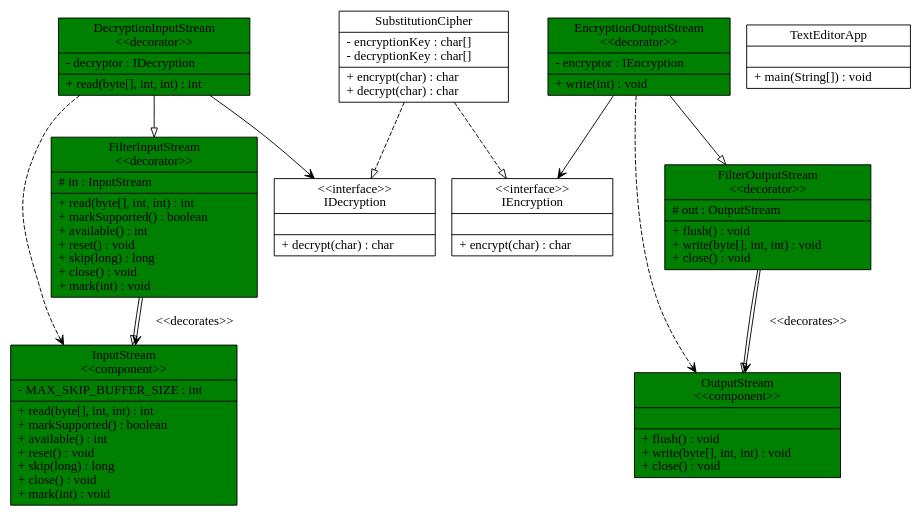
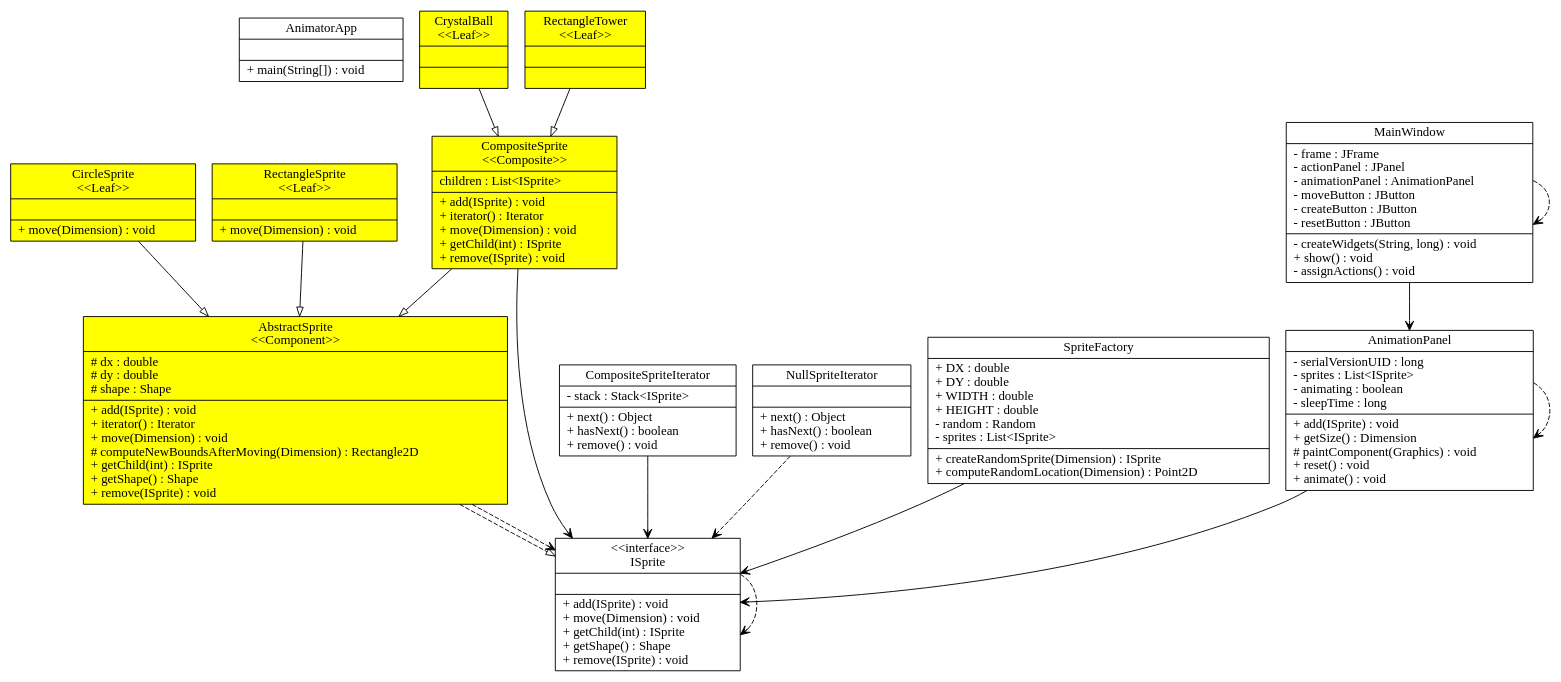
One commit to addyahyah/SassyASM changed the diagram in files/text.dot. Above: the diagram before and after it, drawn with Graphviz. The commit also changed 18 other files, not shown here.

```diff
--- a/files/text.dot
+++ b/files/text.dot
@@ -1,57 +1,87 @@
-digraph sassy_uml{node [shape = "record"] InputStream[label = "{InputStream\n\<\<component\>\>|- MAX_SKIP_BUFFER_SIZE : int\l
-|+ read(byte[], int, int) : int\l
-+ markSupported() : boolean\l
-+ available() : int\l
+digraph sassy_uml{node [shape = "record"] AnimatorApp[label = "{AnimatorApp||+ main(String[]) : void\l
+}"]
+AnimationPanel[label = "{AnimationPanel|- serialVersionUID : long\l
+- sprites : List\<ISprite\>\l
+- animating : boolean\l
+- sleepTime : long\l
+|+ add(ISprite) : void\l
++ getSize() : Dimension\l
+# paintComponent(Graphics) : void\l
 + reset() : void\l
-+ skip(long) : long\l
-+ close() : void\l
-+ mark(int) : void\l
-}",style=filled,fillcolor=green]
-FilterInputStream[label = "{FilterInputStream\n\<\<decorator\>\>|# in : InputStream\l
-|+ read(byte[], int, int) : int\l
-+ markSupported() : boolean\l
-+ available() : int\l
-+ reset() : void\l
-+ skip(long) : long\l
-+ close() : void\l
-+ mark(int) : void\l
-}",style=filled,fillcolor=green]
-DecryptionInputStream[label = "{DecryptionInputStream\n\<\<decorator\>\>|- decryptor : IDecryption\l
-|+ read(byte[], int, int) : int\l
-}",style=filled,fillcolor=green]
-OutputStream[label = "{OutputStream\n\<\<component\>\>||+ flush() : void\l
-+ write(byte[], int, int) : void\l
-+ close() : void\l
-}",style=filled,fillcolor=green]
-FilterOutputStream[label = "{FilterOutputStream\n\<\<decorator\>\>|# out : OutputStream\l
-|+ flush() : void\l
-+ write(byte[], int, int) : void\l
-+ close() : void\l
-}",style=filled,fillcolor=green]
-EncryptionOutputStream[label = "{EncryptionOutputStream\n\<\<decorator\>\>|- encryptor : IEncryption\l
-|+ write(int) : void\l
-}",style=filled,fillcolor=green]
-IDecryption[label = "{\<\<interface\>\>\nIDecryption||+ decrypt(char) : char\l
++ animate() : void\l
 }"]
-IEncryption[label = "{\<\<interface\>\>\nIEncryption||+ encrypt(char) : char\l
+MainWindow[label = "{MainWindow|- frame : JFrame\l
+- actionPanel : JPanel\l
+- animationPanel : AnimationPanel\l
+- moveButton : JButton\l
+- createButton : JButton\l
+- resetButton : JButton\l
+|- createWidgets(String, long) : void\l
++ show() : void\l
+- assignActions() : void\l
 }"]
-SubstitutionCipher[label = "{SubstitutionCipher|- encryptionKey : char[]\l
-- decryptionKey : char[]\l
-|+ encrypt(char) : char\l
-+ decrypt(char) : char\l
+AbstractSprite[label = "{AbstractSprite\n\<\<Component\>\>|# dx : double\l
+# dy : double\l
+# shape : Shape\l
+|+ add(ISprite) : void\l
++ iterator() : Iterator\l
++ move(Dimension) : void\l
+# computeNewBoundsAfterMoving(Dimension) : Rectangle2D\l
++ getChild(int) : ISprite\l
++ getShape() : Shape\l
++ remove(ISprite) : void\l
+}",style=filled,fillcolor=yellow]
+CircleSprite[label = "{CircleSprite\n\<\<Leaf\>\>||+ move(Dimension) : void\l
+}",style=filled,fillcolor=yellow]
+CompositeSprite[label = "{CompositeSprite\n\<\<Composite\>\>| children : List\<ISprite\>\l
+|+ add(ISprite) : void\l
++ iterator() : Iterator\l
++ move(Dimension) : void\l
++ getChild(int) : ISprite\l
++ remove(ISprite) : void\l
+}",style=filled,fillcolor=yellow]
+CompositeSpriteIterator[label = "{CompositeSpriteIterator|- stack : Stack\<ISprite\>\l
+|+ next() : Object\l
++ hasNext() : boolean\l
++ remove() : void\l
 }"]
-TextEditorApp[label = "{TextEditorApp||+ main(String[]) : void\l
+CrystalBall[label = "{CrystalBall\n\<\<Leaf\>\>||}",style=filled,fillcolor=yellow]
+ISprite[label = "{\<\<interface\>\>\nISprite||+ add(ISprite) : void\l
++ move(Dimension) : void\l
++ getChild(int) : ISprite\l
++ getShape() : Shape\l
++ remove(ISprite) : void\l
 }"]
-edge [arrowhead = "vee"] [style = "solid"] DecryptionInputStream->IDecryption
-edge [arrowhead = "empty"] [style = "dashed"] SubstitutionCipher->IEncryption
-edge [arrowhead = "vee"] [style = "dashed"] DecryptionInputStream->InputStream
-edge [arrowhead = "empty"] [style = "dashed"] SubstitutionCipher->IDecryption
-edge [arrowhead = "vee"] [style = "dashed"] EncryptionOutputStream->OutputStream
-edge [arrowhead = "empty"] [style = "solid"] FilterInputStream->InputStream
-edge [arrowhead = "empty"] [style = "solid"] DecryptionInputStream->FilterInputStream
-edge [arrowhead = "empty"] [style = "solid"] FilterOutputStream->OutputStream
-edge [arrowhead = "vee"] [style = "solid"] FilterOutputStream->OutputStream [label = "\<\<decorates\>\>"] 
-edge [arrowhead = "vee"] [style = "solid"] EncryptionOutputStream->IEncryption
-edge [arrowhead = "vee"] [style = "solid"] FilterInputStream->InputStream [label = "\<\<decorates\>\>"] 
-edge [arrowhead = "empty"] [style = "solid"] EncryptionOutputStream->FilterOutputStream
+NullSpriteIterator[label = "{NullSpriteIterator||+ next() : Object\l
++ hasNext() : boolean\l
++ remove() : void\l
+}"]
+RectangleSprite[label = "{RectangleSprite\n\<\<Leaf\>\>||+ move(Dimension) : void\l
+}",style=filled,fillcolor=yellow]
+RectangleTower[label = "{RectangleTower\n\<\<Leaf\>\>||}",style=filled,fillcolor=yellow]
+SpriteFactory[label = "{SpriteFactory|+ DX : double\l
++ DY : double\l
++ WIDTH : double\l
++ HEIGHT : double\l
+- random : Random\l
+- sprites : List\<ISprite\>\l
+|+ createRandomSprite(Dimension) : ISprite\l
++ computeRandomLocation(Dimension) : Point2D\l
+}"]
+edge [arrowhead = "empty"] [style = "solid"] RectangleTower->CompositeSprite
+edge [arrowhead = "vee"] [style = "solid"] CompositeSpriteIterator->ISprite
+edge [arrowhead = "empty"] [style = "dashed"] AbstractSprite->ISprite
+edge [arrowhead = "empty"] [style = "solid"] CircleSprite->AbstractSprite
+edge [arrowhead = "vee"] [style = "dashed"] ISprite->ISprite
+edge [arrowhead = "vee"] [style = "dashed"] NullSpriteIterator->ISprite
+edge [arrowhead = "vee"] [style = "solid"] AnimationPanel->ISprite
+edge [arrowhead = "empty"] [style = "solid"] CrystalBall->CompositeSprite
+edge [arrowhead = "vee"] [style = "dashed"] AnimationPanel->AnimationPanel
+edge [arrowhead = "empty"] [style = "solid"] RectangleSprite->AbstractSprite
+edge [arrowhead = "vee"] [style = "solid"] SpriteFactory->ISprite
+edge [arrowhead = "vee"] [style = "solid"] CompositeSprite->ISprite
+edge [arrowhead = "vee"] [style = "solid"] MainWindow->AnimationPanel
+edge [arrowhead = "vee"] [style = "dashed"] MainWindow->MainWindow
+edge [arrowhead = "empty"] [style = "solid"] CompositeSprite->AbstractSprite
+edge [arrowhead = "vee"] [style = "dashed"] AbstractSprite->ISprite
 }
```
